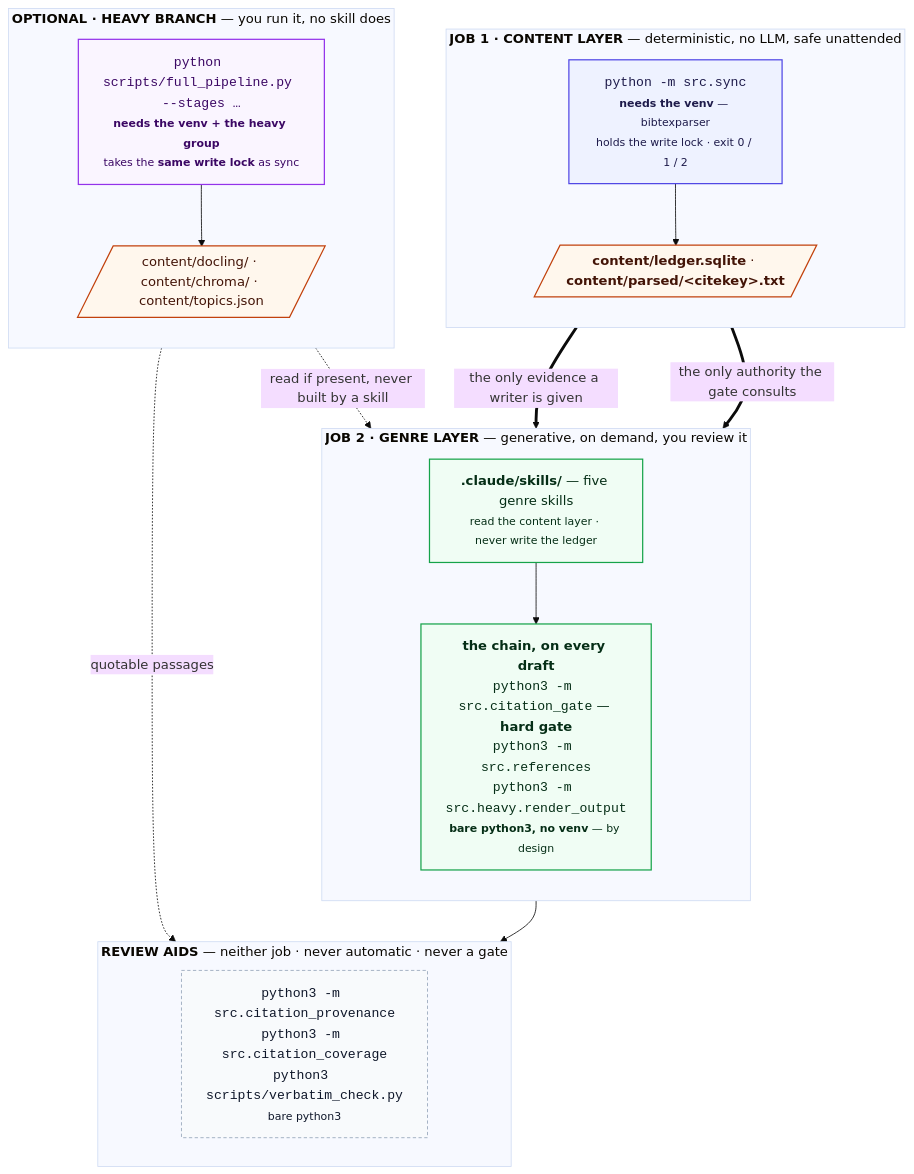
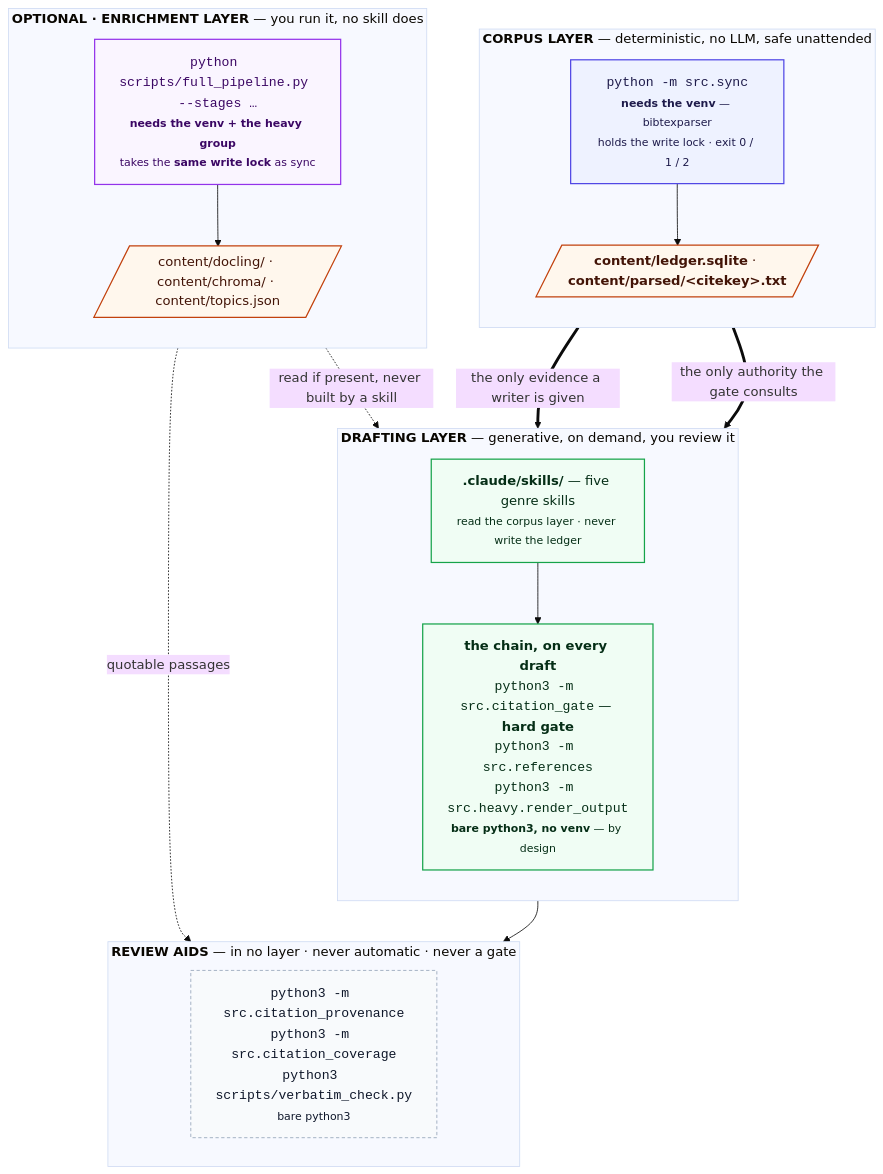
Before and after one commit to prasadtalasila/automated-research: the diagram in docs/ARCHITECTURE.md, drawn with Mermaid (base theme). The commit also changed other lines of this file and 33 other files, not shown here.

````diff
--- a/docs/ARCHITECTURE.md
+++ b/docs/ARCHITECTURE.md
@@ -37,47 +39,47 @@
 ```mermaid
 flowchart TB
 
-  subgraph J1["<b>JOB 1 · CONTENT LAYER</b> — deterministic, no LLM, safe unattended"]
+  subgraph J1["<b>CORPUS LAYER</b> — deterministic, no LLM, safe unattended"]
     direction TB
     SYNC["<code>python -m src.sync</code><br/><small><b>needs the venv</b> — bibtexparser<br/>holds the write lock · exit 0 / 1 / 2</small>"]
     OUT1[/"<b>content/ledger.sqlite</b> · <b>content/parsed/&lt;citekey&gt;.txt</b>"/]
     SYNC --> OUT1
   end
 
-  subgraph J2["<b>JOB 2 · GENRE LAYER</b> — generative, on demand, you review it"]
+  subgraph J2["<b>DRAFTING LAYER</b> — generative, on demand, you review it"]
     direction TB
-    SKILL["<b>.claude/skills/</b> — five genre skills<br/><small>read the content layer · never write the ledger</small>"]
+    SKILL["<b>.claude/skills/</b> — five genre skills<br/><small>read the corpus layer · never write the ledger</small>"]
     CHAIN["<b>the chain, on every draft</b><br/><code>python3 -m src.citation_gate</code> — <b>hard gate</b><br/><code>python3 -m src.references</code><br/><code>python3 -m src.heavy.render_output</code><br/><small><b>bare python3, no venv</b> — by design</small>"]
     SKILL --> CHAIN
   end
 
-  subgraph JH["<b>OPTIONAL · HEAVY BRANCH</b> — you run it, no skill does"]
+  subgraph JH["<b>OPTIONAL · ENRICHMENT LAYER</b> — you run it, no skill does"]
     direction TB
     FULL["<code>python scripts/full_pipeline.py --stages …</code><br/><small><b>needs the venv + the heavy group</b><br/>takes the <b>same write lock</b> as sync</small>"]
     OUT3[/"content/docling/ · content/chroma/ · content/topics.json"/]
     FULL --> OUT3
   end
 
-  subgraph AID["<b>REVIEW AIDS</b> — neither job · never automatic · never a gate"]
+  subgraph AID["<b>REVIEW AIDS</b> — in no layer · never automatic · never a gate"]
     direction LR
     A["<code>python3 -m src.citation_provenance</code><br/><code>python3 -m src.citation_coverage</code><br/><code>python3 scripts/verbatim_check.py</code><br/><small>bare python3</small>"]
   end
 
   OUT1 == "the only evidence a writer is given" ==> SKILL
   OUT1 == "the only authority the gate consults" ==> CHAIN
   OUT3 -. "read if present, never built by a skill" .-> SKILL
   OUT3 -. "quotable passages" .-> A
   CHAIN --> A
 
   classDef det fill:#eef2ff,stroke:#4f46e5,stroke-width:1.5px,color:#1e1b4b
   classDef gen fill:#f0fdf4,stroke:#16a34a,stroke-width:1.5px,color:#052e16
   classDef heavy fill:#faf5ff,stroke:#9333ea,stroke-width:1.5px,color:#3b0764
   classDef store fill:#fff7ed,stroke:#c2410c,stroke-width:1.5px,color:#431407
   classDef aid fill:#f8fafc,stroke:#94a3b8,stroke-dasharray:4 3,color:#0f172a
 
   class SYNC det
   class SKILL,CHAIN gen
   class FULL heavy
   class OUT1,OUT3 store
   class A aid
 ```
````
